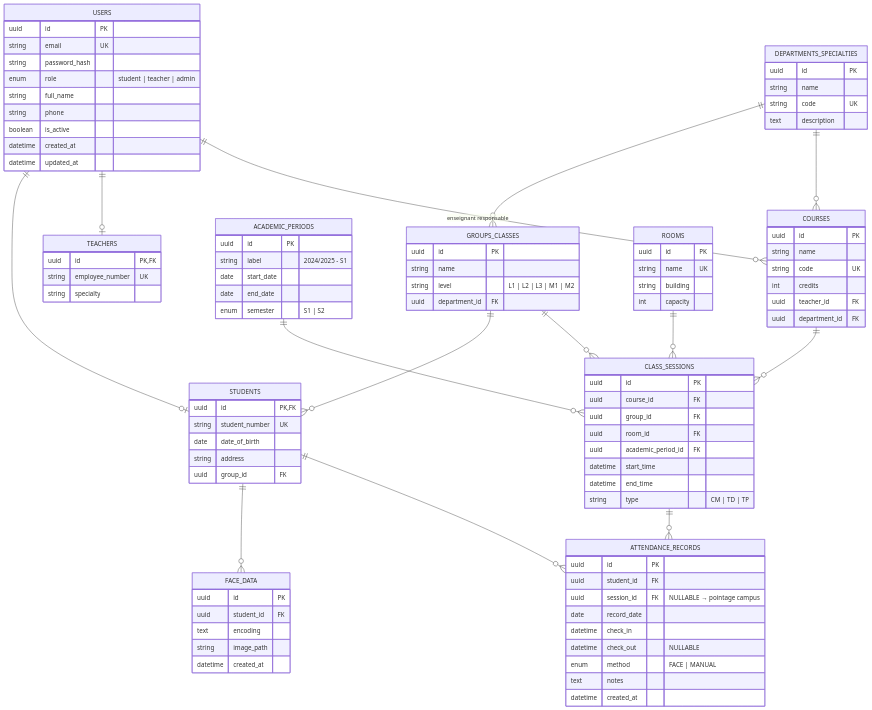
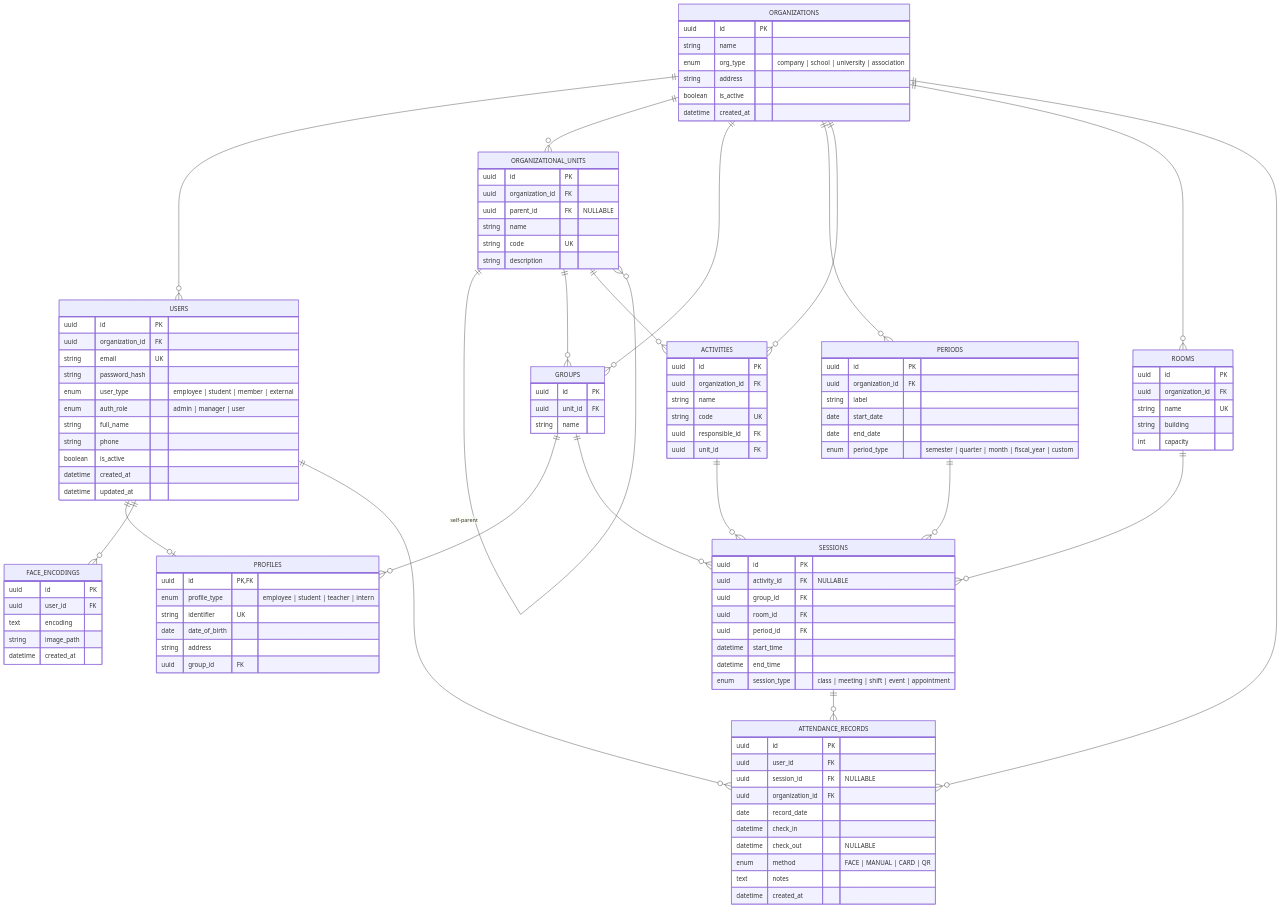
Before and after one commit to Abdurrahmane06/face-attendance-system: the first of 2 diagrams in data_base/schema.md, drawn with Mermaid. The commit also changed other lines of this file, not shown here.

````diff
--- a/data_base/schema.md
+++ b/data_base/schema.md
@@ -9,10 +9,21 @@
 ```mermaid
 erDiagram
+    ORGANIZATIONS {
+        uuid id PK
+        string name
+        enum org_type "company | school | university | association"
+        string address
+        boolean is_active
+        datetime created_at
+    }
+
     USERS {
         uuid id PK
+        uuid organization_id FK
         string email UK
         string password_hash
-        enum role "student | teacher | admin"
+        enum user_type "employee | student | member | external"
+        enum auth_role "admin | manager | user"
         string full_name
         string phone
         boolean is_active
@@ -20,72 +31,70 @@
         datetime updated_at
     }
 
-    STUDENTS {
+    PROFILES {
         uuid id PK, FK
-        string student_number UK
+        enum profile_type "employee | student | teacher | intern"
+        string identifier UK
         date date_of_birth
         string address
         uuid group_id FK
     }
 
-    TEACHERS {
-        uuid id PK, FK
-        string employee_number UK
-        string specialty
+    ORGANIZATIONAL_UNITS {
+        uuid id PK
+        uuid organization_id FK
+        uuid parent_id FK "NULLABLE"
+        string name
+        string code UK
+        string description
     }
 
-    DEPARTMENTS_SPECIALTIES {
+    GROUPS {
         uuid id PK
+        uuid unit_id FK
+        string name
+    }
+
+    PERIODS {
+        uuid id PK
+        uuid organization_id FK
+        string label
+        date start_date
+        date end_date
+        enum period_type "semester | quarter | month | fiscal_year | custom"
+    }
+
+    ACTIVITIES {
+        uuid id PK
+        uuid organization_id FK
         string name
         string code UK
-        text description
-    }
-
-    GROUPS_CLASSES {
-        uuid id PK
-        string name
-        string level "L1 | L2 | L3 | M1 | M2"
-        uuid department_id FK
-    }
-
-    ACADEMIC_PERIODS {
-        uuid id PK
-        string label "2024/2025 - S1"
-        date start_date
-        date end_date
-        enum semester "S1 | S2"
-    }
-
-    COURSES {
-        uuid id PK
-        string name
-        string code UK
-        int credits
-        uuid teacher_id FK
-        uuid department_id FK
+        uuid responsible_id FK
+        uuid unit_id FK
     }
 
     ROOMS {
         uuid id PK
+        uuid organization_id FK
         string name UK
         string building
         int capacity
     }
 
-    CLASS_SESSIONS {
+    SESSIONS {
         uuid id PK
-        uuid course_id FK
+        uuid activity_id FK "NULLABLE"
         uuid group_id FK
         uuid room_id FK
-        uuid academic_period_id FK
+        uuid period_id FK
         datetime start_time
         datetime end_time
-        string type "CM | TD | TP"
+        enum session_type "class | meeting | shift | event | appointment"
     }
 
-    FACE_DATA {
+    FACE_ENCODINGS {
         uuid id PK
-        uuid student_id FK
+        uuid user_id FK
         text encoding
         string image_path
         datetime created_at
@@ -93,27 +102,34 @@
 
     ATTENDANCE_RECORDS {
         uuid id PK
-        uuid student_id FK
-        uuid session_id FK "NULLABLE → pointage campus"
+        uuid user_id FK
+        uuid session_id FK "NULLABLE"
+        uuid organization_id FK
         date record_date
         datetime check_in
         datetime check_out "NULLABLE"
-        enum method "FACE | MANUAL"
+        enum method "FACE | MANUAL | CARD | QR"
         text notes
         datetime created_at
     }
 
-    USERS ||--o| STUDENTS : ""
-    USERS ||--o| TEACHERS : ""
-    DEPARTMENTS_SPECIALTIES ||--o{ GROUPS_CLASSES : ""
-    GROUPS_CLASSES ||--o{ STUDENTS : ""
-    DEPARTMENTS_SPECIALTIES ||--o{ COURSES : ""
-    USERS ||--o{ COURSES : "enseignant responsable"
-    COURSES ||--o{ CLASS_SESSIONS : ""
-    GROUPS_CLASSES ||--o{ CLASS_SESSIONS : ""
-    ROOMS ||--o{ CLASS_SESSIONS : ""
-    ACADEMIC_PERIODS ||--o{ CLASS_SESSIONS : ""
-    STUDENTS ||--o{ FACE_DATA : ""
-    STUDENTS ||--o{ ATTENDANCE_RECORDS : ""
-    CLASS_SESSIONS ||--o{ ATTENDANCE_RECORDS : ""
+    ORGANIZATIONS ||--o{ USERS : ""
+    ORGANIZATIONS ||--o{ ORGANIZATIONAL_UNITS : ""
+    ORGANIZATIONS ||--o{ GROUPS : ""
+    ORGANIZATIONS ||--o{ PERIODS : ""
+    ORGANIZATIONS ||--o{ ACTIVITIES : ""
+    ORGANIZATIONS ||--o{ ROOMS : ""
+    ORGANIZATIONS ||--o{ ATTENDANCE_RECORDS : ""
+    USERS ||--o| PROFILES : ""
+    ORGANIZATIONAL_UNITS ||--o{ ORGANIZATIONAL_UNITS : "self-parent"
+    ORGANIZATIONAL_UNITS ||--o{ GROUPS : ""
+    ORGANIZATIONAL_UNITS ||--o{ ACTIVITIES : ""
+    GROUPS ||--o{ PROFILES : ""
+    GROUPS ||--o{ SESSIONS : ""
+    ACTIVITIES ||--o{ SESSIONS : ""
+    ROOMS ||--o{ SESSIONS : ""
+    PERIODS ||--o{ SESSIONS : ""
+    USERS ||--o{ FACE_ENCODINGS : ""
+    USERS ||--o{ ATTENDANCE_RECORDS : ""
+    SESSIONS ||--o{ ATTENDANCE_RECORDS : ""
 ```
````
